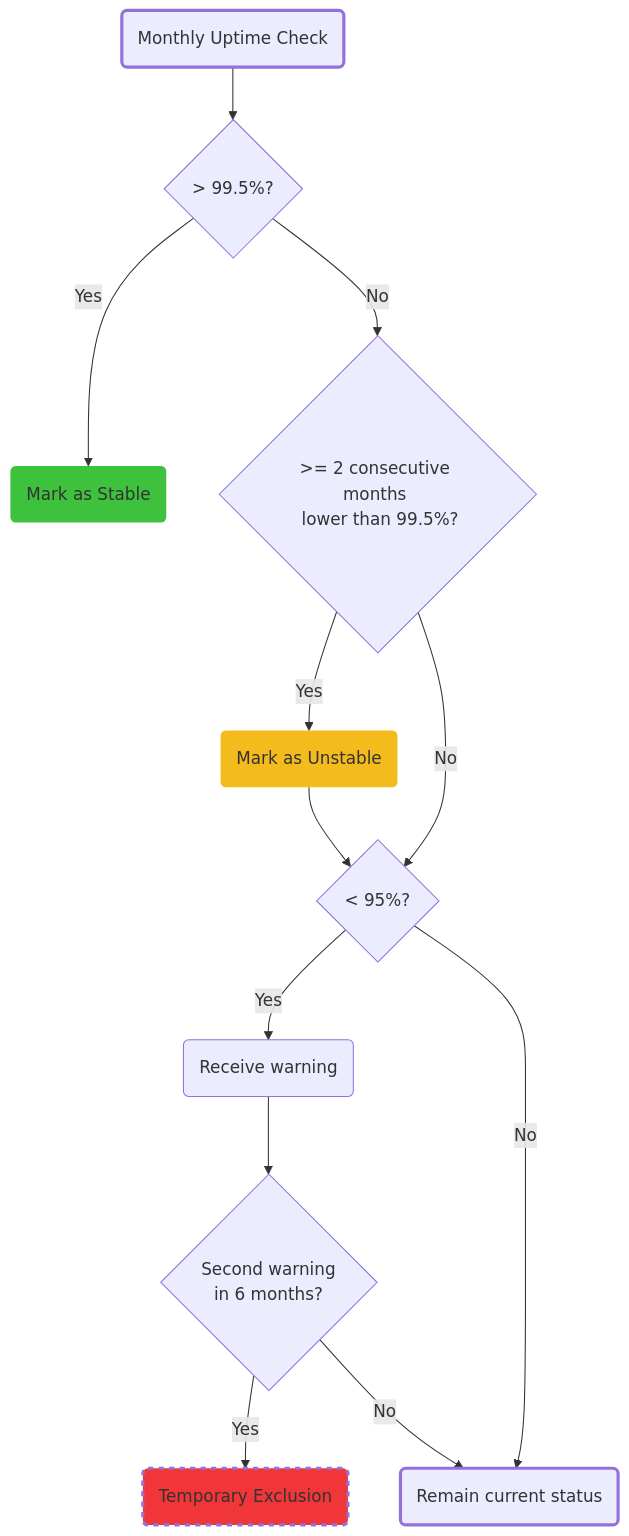
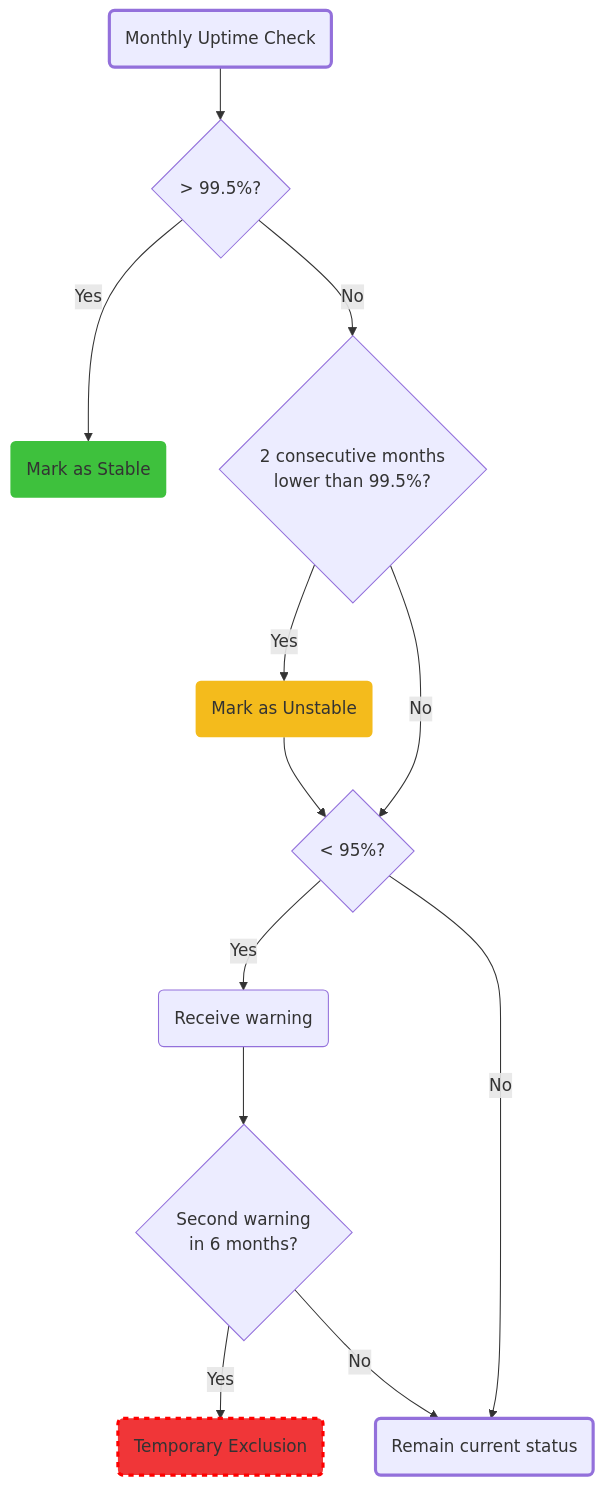
The diagram in APIs/openEO/federation/backends/contract.qmd (eu-cdse/documentation), drawn with Mermaid before and after one commit.

Commit message:
federation: fix for chart

````diff
--- a/APIs/openEO/federation/backends/contract.qmd
+++ b/APIs/openEO/federation/backends/contract.qmd
@@ -80,22 +80,22 @@
 ```{mermaid}
 %%| label: fig-uptime-flow
 %%| fig-cap: "Monthly uptime evaluation flow"
 %%| fig-align: "center"
 graph TD
     B(Monthly Uptime Check):::focus --> C{> 99.5%?}
     C -->|Yes| G(Mark as Stable):::stable
-    C -->|No| D{">= 2 consecutive months <br/> lower than 99.5%?"}
+    C -->|No| D{"2 consecutive months <br/> lower than 99.5%?"}
     D -->|Yes| H(Mark as Unstable):::unstable
     H --> E
     D -->|No | E{"< 95%?"}
     E -->|Yes| I(Receive warning)
     E -->|No| M
     I --> J{Second warning<br/> in 6 months?}
     J -->|Yes| K(Temporary Exclusion):::exclusion
     J -->|No| M(Remain current status):::focus
 
     classDef focus stroke-width:3px
-    classDef stable fill:#3ec13d,;stroke-width:0px
-    classDef unstable fill:#f4bb1c,;stroke-width:0px
-    classDef exclusion fill:#f03638,stroke-width:3px,stroke-dasharray: 5 5
+    classDef stable fill:#3ec13d,stroke-width:0px
+    classDef unstable fill:#f4bb1c,stroke-width:0px
+    classDef exclusion fill:#f03638,stroke:red,stroke-width:3px,stroke-dasharray: 5 5
 ```
````
